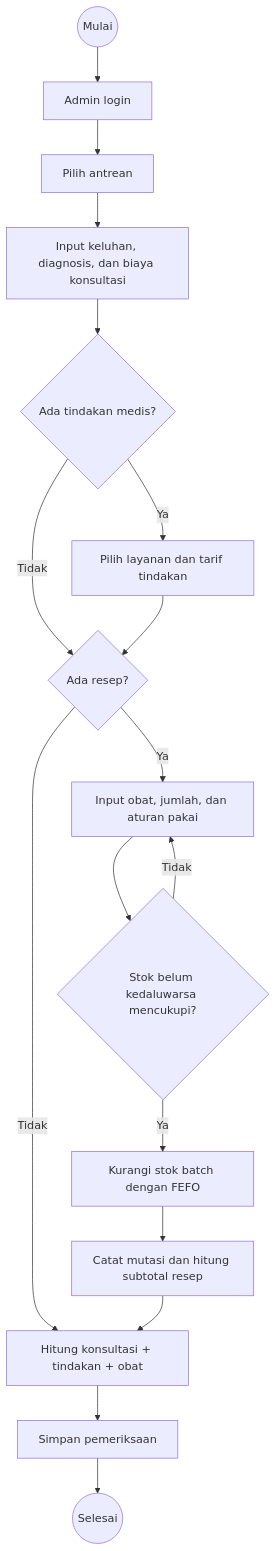
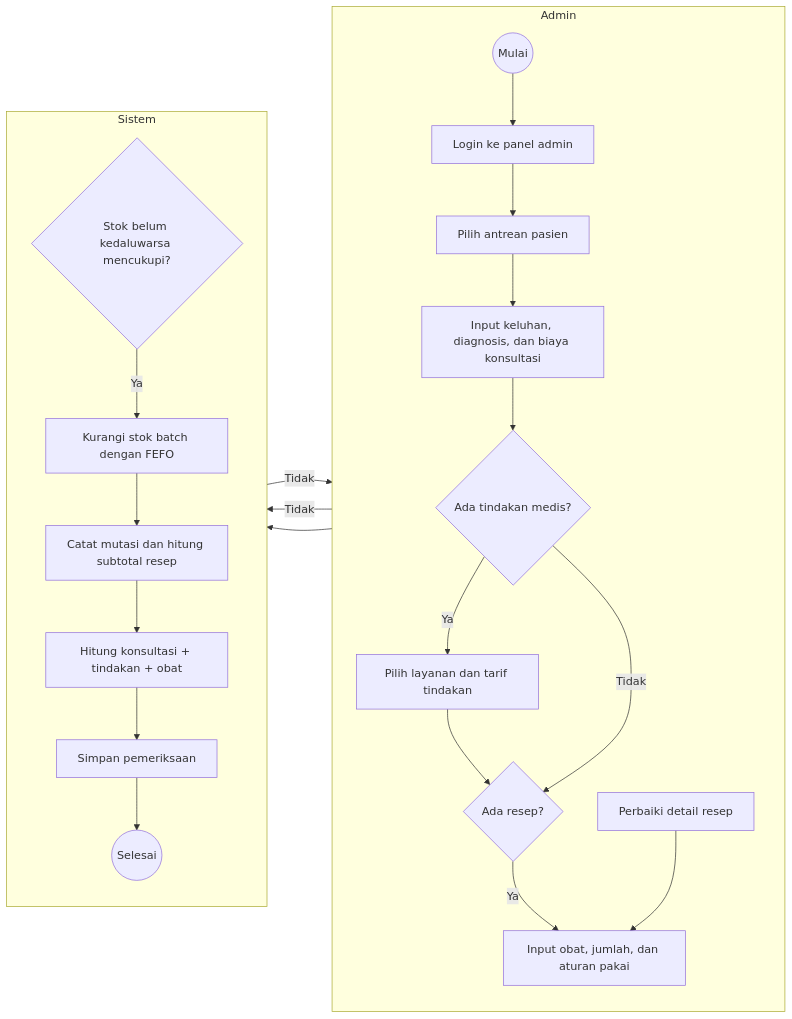
The fourth of 7 diagrams in dokumentasi/spesifikasi-proyek/activity-diagrams.md (Faathir81/Sistem-Informasi-Klinik), drawn with Mermaid before and after one commit. The commit also changed other lines of this file, not shown here.

Commit message:
docs: align project specifications and add swimlane activity diagrams

````diff
--- a/dokumentasi/spesifikasi-proyek/activity-diagrams.md
+++ b/dokumentasi/spesifikasi-proyek/activity-diagrams.md
@@ -76,18 +142,34 @@
 ```mermaid
-flowchart TD
-    start((Mulai)) --> login[Admin login]
-    login --> queue[Pilih antrean]
-    queue --> exam[Input keluhan, diagnosis, dan biaya konsultasi]
-    exam --> action{Ada tindakan medis?}
-    action -- Ya --> service[Pilih layanan dan tarif tindakan]
+flowchart LR
+    subgraph adminLane["Admin"]
+        direction TB
+        start((Mulai))
+        login[Login ke panel admin]
+        queue[Pilih antrean pasien]
+        exam[Input keluhan, diagnosis, dan biaya konsultasi]
+        action{Ada tindakan medis?}
+        service[Pilih layanan dan tarif tindakan]
+        recipe{Ada resep?}
+        detail[Input obat, jumlah, dan aturan pakai]
+        revise[Perbaiki detail resep]
+    end
+
+    subgraph sistemLane["Sistem"]
+        direction TB
+        stock{Stok belum kedaluwarsa mencukupi?}
+        fefo[Kurangi stok batch dengan FEFO]
+        mutation[Catat mutasi dan hitung subtotal resep]
+        total[Hitung konsultasi + tindakan + obat]
+        save[Simpan pemeriksaan]
+        finish((Selesai))
+    end
+
+    start --> login --> queue --> exam --> action
+    action -- Ya --> service --> recipe
     action -- Tidak --> recipe
-    service --> recipe{Ada resep?}
-    recipe -- Tidak --> total[Hitung total konsultasi + tindakan]
-    recipe -- Ya --> detail[Input obat, jumlah, dan aturan pakai]
-    detail --> stock{Stok belum kedaluwarsa mencukupi?}
-    stock -- Tidak --> detail
-    stock -- Ya --> fefo[Kurangi stok batch dengan FEFO]
-    fefo --> mutation[Catat mutasi dan hitung subtotal resep]
-    mutation --> total[Hitung konsultasi + tindakan + obat]
-    total --> save[Simpan pemeriksaan] --> finish((Selesai))
+    recipe -- Tidak --> total
+    recipe -- Ya --> detail --> stock
+    stock -- Tidak --> revise --> detail
+    stock -- Ya --> fefo --> mutation --> total
+    total --> save --> finish
 ```
````
